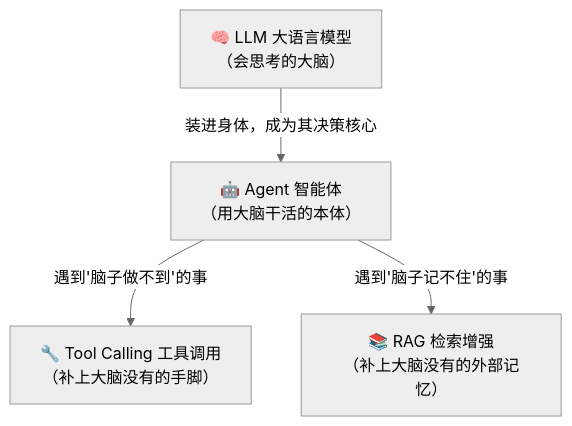
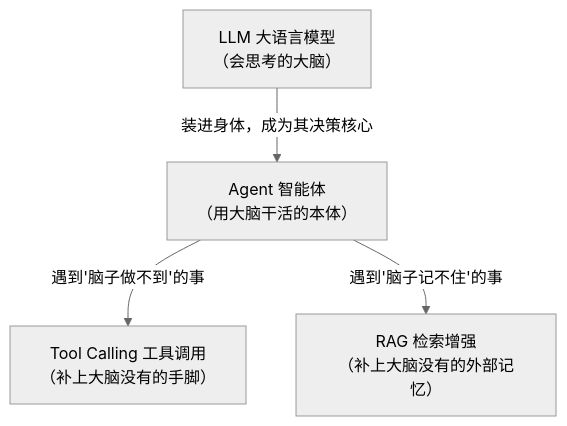
One commit to luckykhy/KhyAiHub changed the seventh of 7 diagrams in docs/02_CONCEPTS_概念入门/CONCEPT/[CONCEPT-06] 什么是LLM-大语言模型.md. Above: the diagram before and after it, drawn with Mermaid (neutral theme). The commit also changed other lines of this file and 19 other files, not shown here.

````diff
--- a/docs/02_CONCEPTS_概念入门/CONCEPT/[CONCEPT-06] 什么是LLM-大语言模型.md
+++ b/docs/02_CONCEPTS_概念入门/CONCEPT/[CONCEPT-06] 什么是LLM-大语言模型.md
@@ -257,10 +257,10 @@
 ```mermaid
 flowchart TB
-  LLM["🧠 LLM 大语言模型<br/>（会思考的大脑）"]
-  AGENT["🤖 Agent 智能体<br/>（用大脑干活的本体）"]
-  TOOL["🔧 Tool Calling 工具调用<br/>（补上大脑没有的手脚）"]
-  RAG["📚 RAG 检索增强<br/>（补上大脑没有的外部记忆）"]
+  LLM["LLM 大语言模型<br/>（会思考的大脑）"]
+  AGENT["Agent 智能体<br/>（用大脑干活的本体）"]
+  TOOL["Tool Calling 工具调用<br/>（补上大脑没有的手脚）"]
+  RAG["RAG 检索增强<br/>（补上大脑没有的外部记忆）"]
   LLM -- "装进身体，成为其决策核心" --> AGENT
   AGENT -- "遇到'脑子做不到'的事" --> TOOL
   AGENT -- "遇到'脑子记不住'的事" --> RAG
 ```
````
